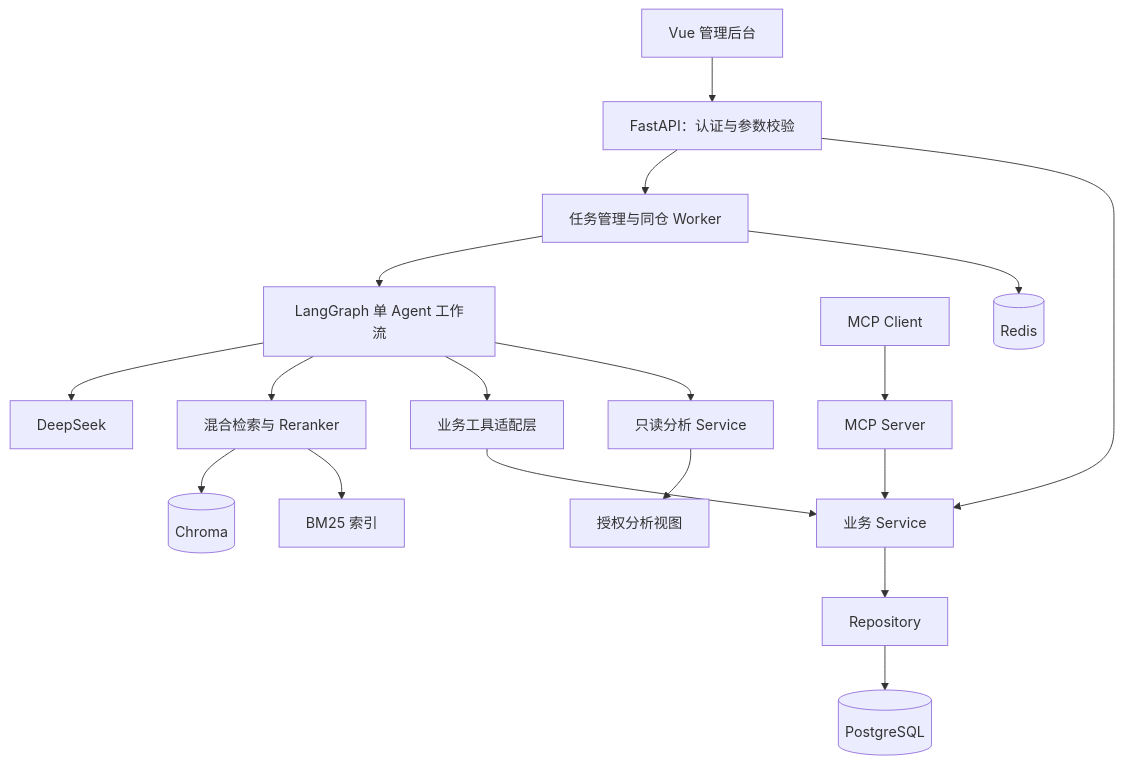
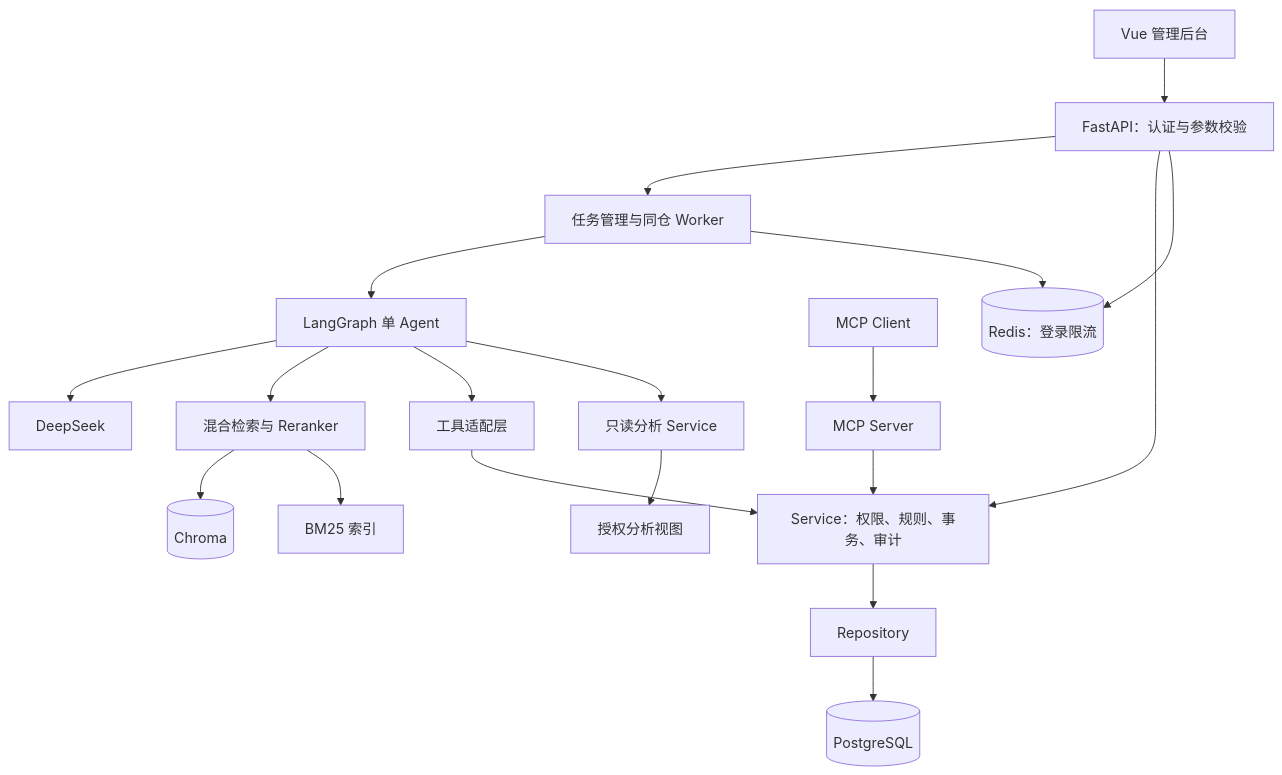
Before and after one commit to zjhwwwl/EnterpriseAgent: the diagram in README.md, drawn with Mermaid. The commit also changed other lines of this file and 67 other files, not shown here.

````diff
--- a/README.md
+++ b/README.md
@@ -32,20 +35,21 @@
 ```mermaid
 flowchart TD
     UI[Vue 管理后台] --> API[FastAPI：认证与参数校验]
     API --> TASK[任务管理与同仓 Worker]
-    TASK --> GRAPH[LangGraph 单 Agent 工作流]
+    TASK --> GRAPH[LangGraph 单 Agent]
     GRAPH --> MODEL[DeepSeek]
     GRAPH --> RAG[混合检索与 Reranker]
-    GRAPH --> TOOLS[业务工具适配层]
-    API --> SERVICE[业务 Service]
+    GRAPH --> TOOLS[工具适配层]
+    API --> SERVICE[Service：权限、规则、事务、审计]
     TOOLS --> SERVICE
     CLIENT[MCP Client] --> MCP[MCP Server]
     MCP --> SERVICE
     SERVICE --> REPO[Repository]
     REPO --> PG[(PostgreSQL)]
     RAG --> CHROMA[(Chroma)]
     RAG --> BM25[BM25 索引]
     GRAPH --> ANALYTICS[只读分析 Service]
     ANALYTICS --> VIEWS[授权分析视图]
-    TASK --> REDIS[(Redis)]
+    API --> REDIS[(Redis：登录限流)]
+    TASK --> REDIS
 ```
````
